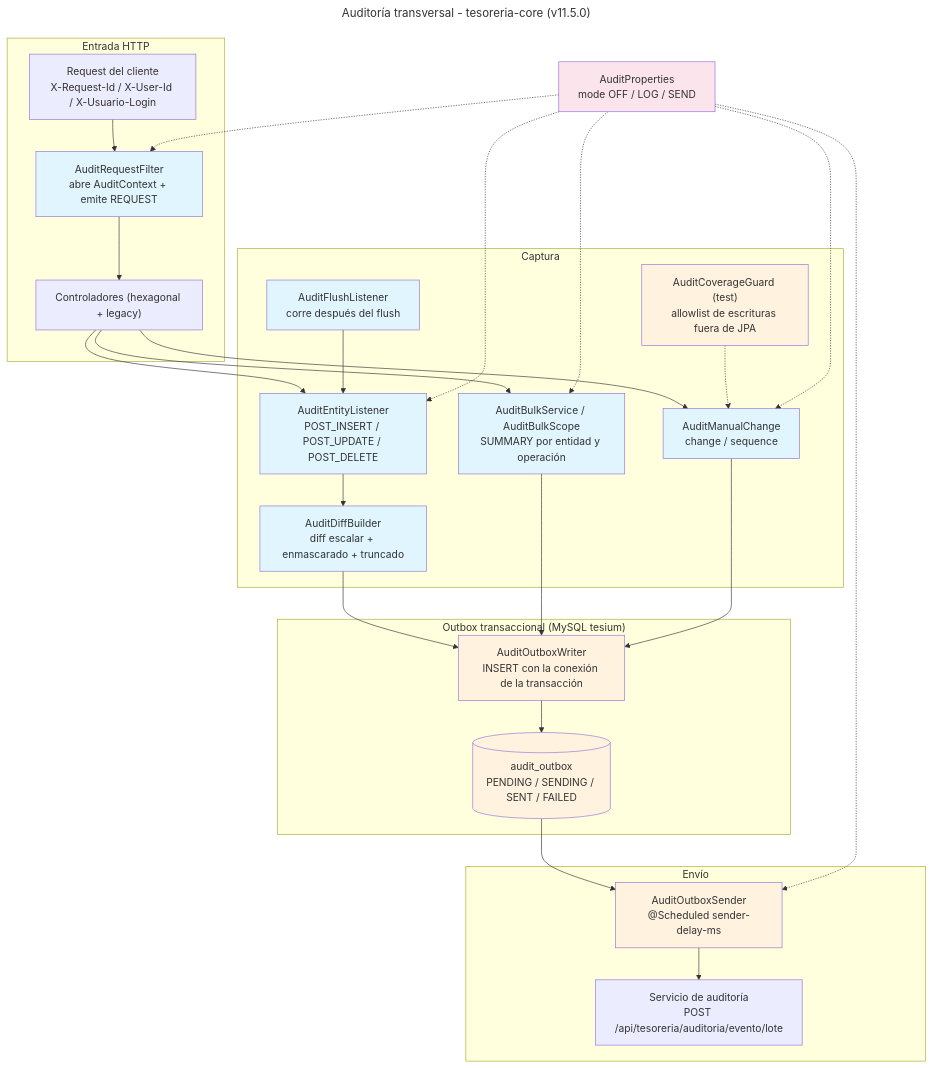
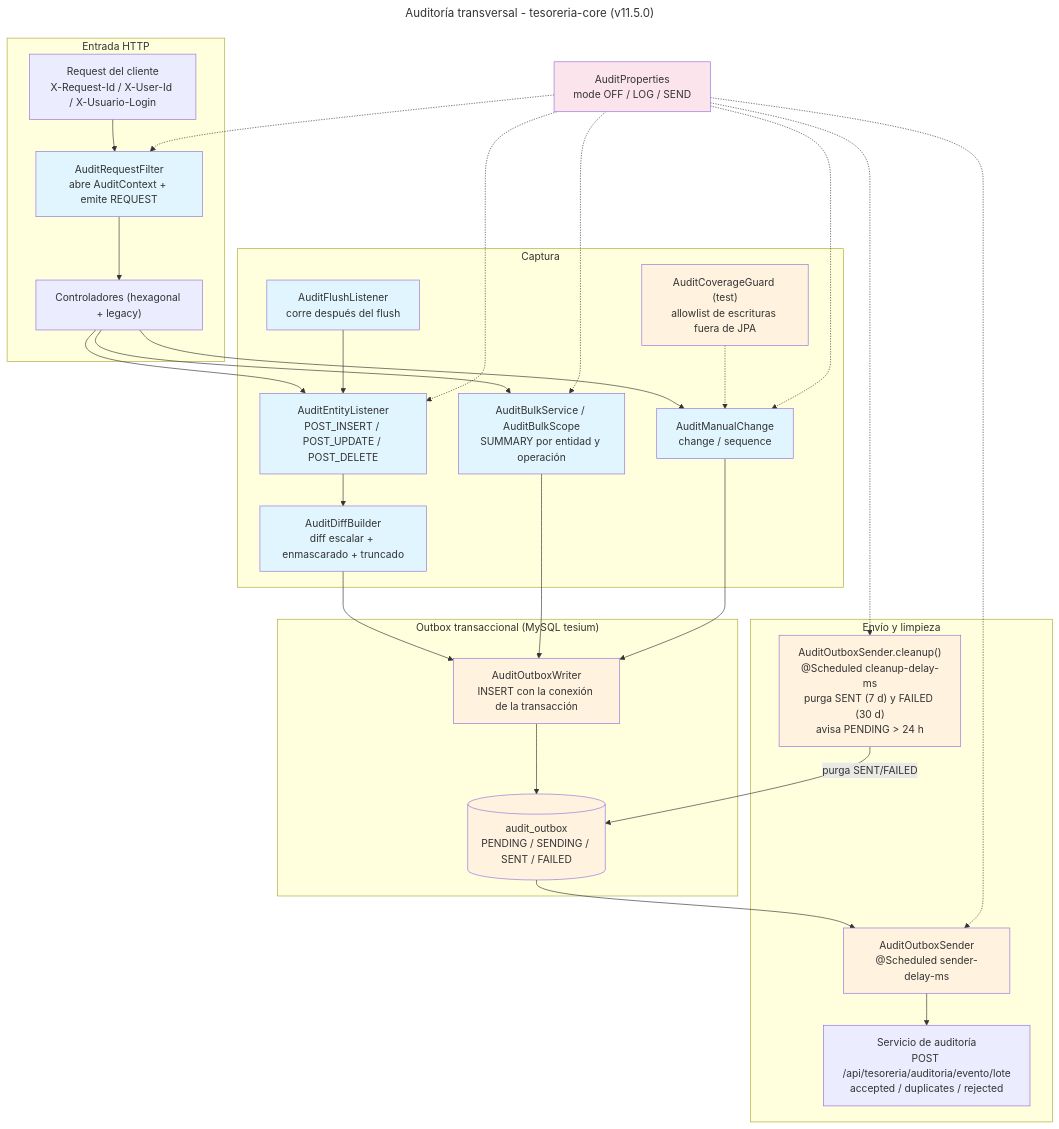
The diagram in docs/auditoria.mmd (UM-services/UM.tesoreria.core-service), drawn with Mermaid before and after one commit. The commit also changed 6 other files, not shown here.

First line of the commit message:
fix(audit): confirmar el lote antes de marcar SENT

```diff
--- a/docs/auditoria.mmd
+++ b/docs/auditoria.mmd
@@ -1,63 +1,67 @@
 ---
 title: Auditoría transversal - tesoreria-core (v11.5.0)
 ---
 flowchart TD
 
     subgraph Entrada["Entrada HTTP"]
         Req["Request del cliente<br/>X-Request-Id / X-User-Id / X-Usuario-Login"]
         F["AuditRequestFilter<br/>abre AuditContext + emite REQUEST"]
         Ctrl["Controladores (hexagonal + legacy)"]
     end
 
     subgraph Captura["Captura"]
         L["AuditEntityListener<br/>POST_INSERT / POST_UPDATE / POST_DELETE"]
         FL["AuditFlushListener<br/>corre después del flush"]
         D["AuditDiffBuilder<br/>diff escalar + enmascarado + truncado"]
         BS["AuditBulkService / AuditBulkScope<br/>SUMMARY por entidad y operación"]
         MC["AuditManualChange<br/>change / sequence"]
         G["AuditCoverageGuard (test)<br/>allowlist de escrituras fuera de JPA"]
     end
 
     subgraph Outbox["Outbox transaccional (MySQL tesium)"]
         W["AuditOutboxWriter<br/>INSERT con la conexión de la transacción"]
         T[("audit_outbox<br/>PENDING / SENDING / SENT / FAILED")]
     end
 
-    subgraph Envio["Envío"]
+    subgraph Envio["Envío y limpieza"]
         S["AuditOutboxSender<br/>@Scheduled sender-delay-ms"]
-        API["Servicio de auditoría<br/>POST /api/tesoreria/auditoria/evento/lote"]
+        API["Servicio de auditoría<br/>POST /api/tesoreria/auditoria/evento/lote<br/>accepted / duplicates / rejected"]
+        C["AuditOutboxSender.cleanup()<br/>@Scheduled cleanup-delay-ms<br/>purga SENT (7 d) y FAILED (30 d)<br/>avisa PENDING > 24 h"]
     end
 
     P["AuditProperties<br/>mode OFF / LOG / SEND"]
 
     Req --> F
     F --> Ctrl
     Ctrl --> L
     Ctrl --> BS
     Ctrl --> MC
     L --> D
     D --> W
     BS --> W
     MC --> W
     FL --> L
     W --> T
     T --> S
     S --> API
+    C -->|"purga SENT/FAILED"| T
     G -.-> MC
     P -.-> F
     P -.-> L
     P -.-> BS
     P -.-> MC
     P -.-> S
+    P -.-> C
 
     style F fill:#e1f5fe
     style L fill:#e1f5fe
     style FL fill:#e1f5fe
     style D fill:#e1f5fe
     style BS fill:#e1f5fe
     style MC fill:#e1f5fe
     style G fill:#fff3e0
     style W fill:#fff3e0
     style T fill:#fff3e0
     style S fill:#fff3e0
+    style C fill:#fff3e0
     style P fill:#fce4ec
```
